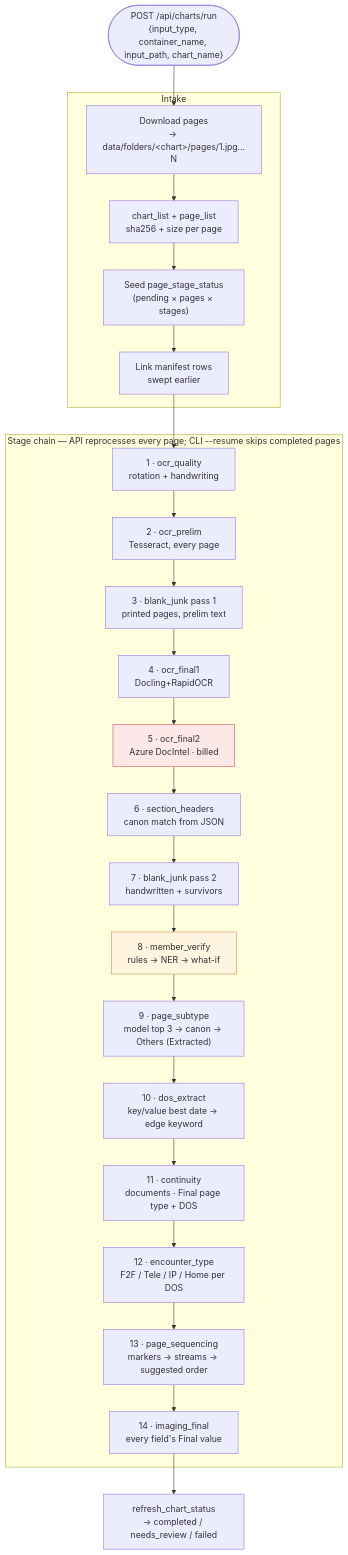
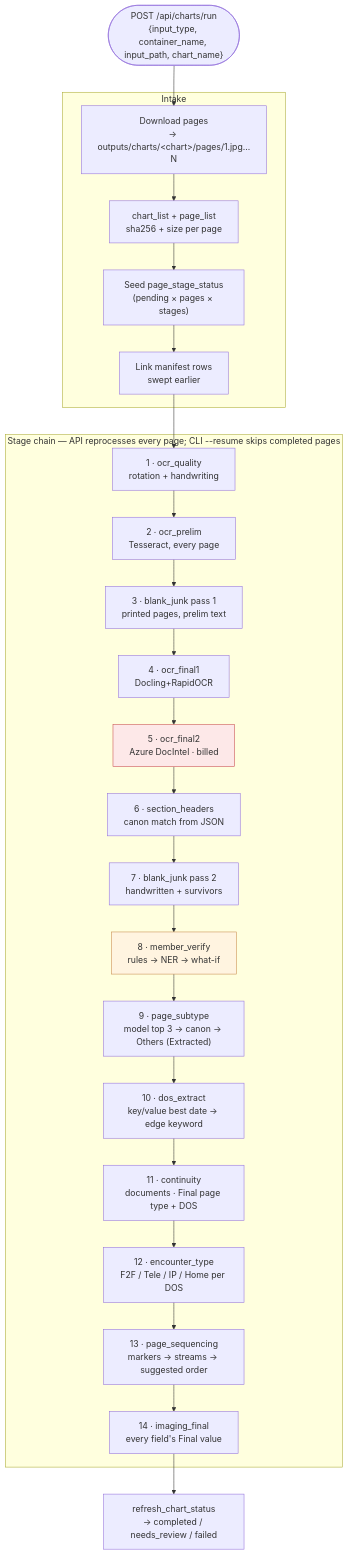
The second of 7 diagrams in docs/FLOW.md (abhinavdg-ever/model-repo), drawn with Mermaid before and after one commit. The commit also changed other lines of this file and 46 other files, not shown here.

````diff
--- a/docs/FLOW.md
+++ b/docs/FLOW.md
@@ -54,36 +54,36 @@
 ```mermaid
 flowchart TD
   START(["POST /api/charts/run<br/>{input_type, container_name, input_path, chart_name}"]) --> DL
 
   subgraph INTAKE["Intake"]
-    DL["Download pages<br/>→ data/folders/&lt;chart&gt;/pages/1.jpg…N"]
+    DL["Download pages<br/>→ outputs/charts/&lt;chart&gt;/pages/1.jpg…N"]
     DL --> REG["chart_list + page_list<br/>sha256 + size per page"]
     REG --> SEED["Seed page_stage_status<br/>(pending × pages × stages)"]
     SEED --> LINK["Link manifest rows<br/>swept earlier"]
   end
 
   LINK --> S1
 
   subgraph CHAIN["Stage chain — API reprocesses every page; CLI --resume skips completed pages"]
     S1["1 · ocr_quality<br/>rotation + handwriting"]
     S2["2 · ocr_prelim<br/>Tesseract, every page"]
     S3["3 · blank_junk pass 1<br/>printed pages, prelim text"]
     S4["4 · ocr_final1<br/>Docling+RapidOCR"]
     S5["5 · ocr_final2<br/>Azure DocIntel · billed"]
     S5b["6 · section_headers<br/>canon match from JSON"]
     S6["7 · blank_junk pass 2<br/>handwritten + survivors"]
     S7["8 · member_verify<br/>rules → NER → what-if"]
     S8["9 · page_subtype<br/>model top 3 → canon → Others (Extracted)"]
     S9["10 · dos_extract<br/>key/value best date → edge keyword"]
     S9b["11 · continuity<br/>documents · Final page type + DOS"]
     S10["12 · encounter_type<br/>F2F / Tele / IP / Home per DOS"]
     S11["13 · page_sequencing<br/>markers → streams → suggested order"]
     S12["14 · imaging_final<br/>every field's Final value"]
     S1 --> S2 --> S3 --> S4 --> S5 --> S5b --> S6 --> S7 --> S8 --> S9 --> S9b --> S10 --> S11 --> S12
   end
 
   S12 --> DONE["refresh_chart_status<br/>→ completed / needs_review / failed"]
 
   style S5 fill:#fde8e8,stroke:#c74a4a
   style S7 fill:#fff4e0,stroke:#c78a4a
 ```
````
